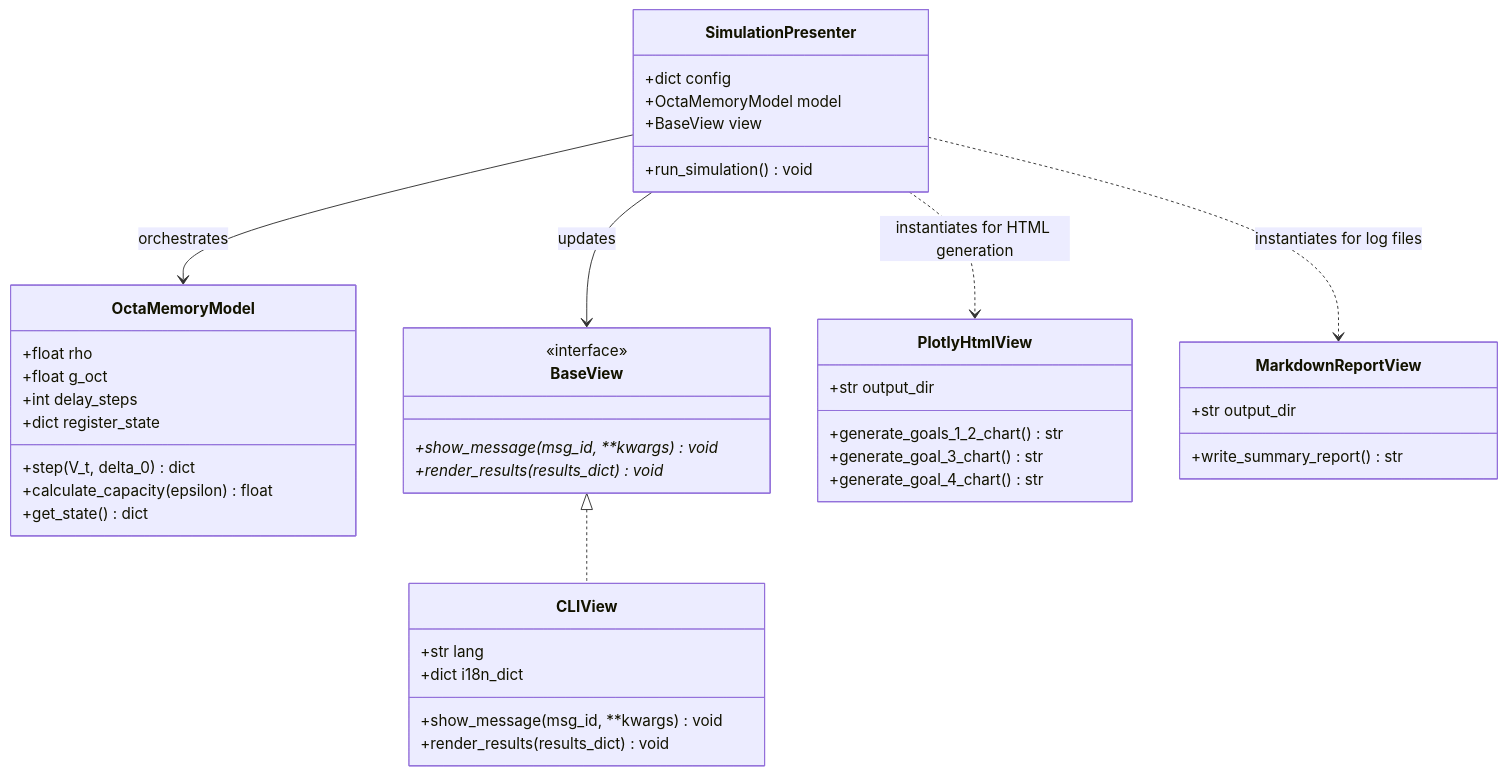
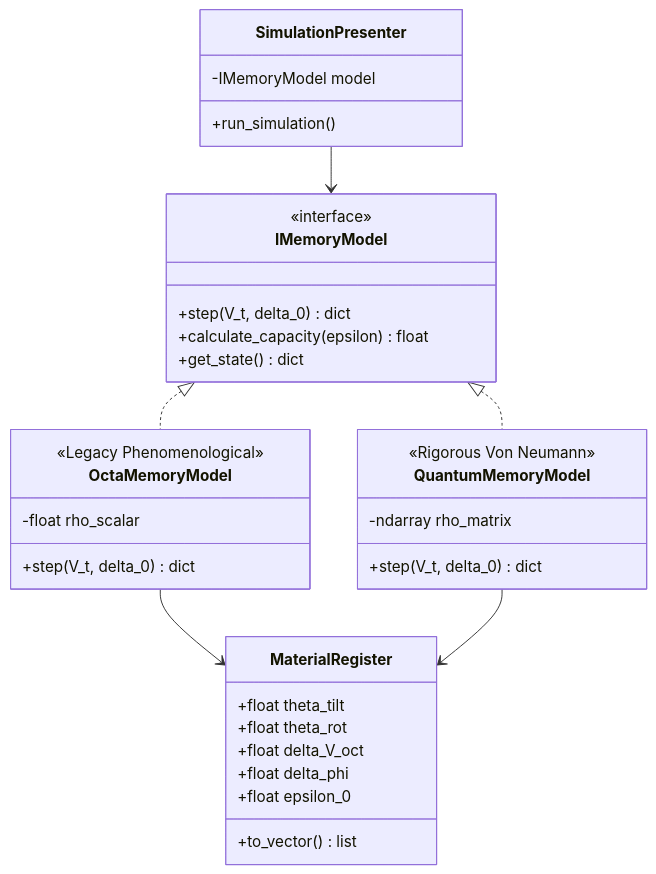
The first of 3 diagrams in docs/source/software.rst (QC-UPM/OgTRQC), drawn with Mermaid before and after one commit. The commit also changed other lines of this file and 4 other files, not shown here.

Commit message:
Phenomenological + quantum integrative approaches

```diff
--- a/docs/source/software.rst
+++ b/docs/source/software.rst
@@ -10,45 +10,36 @@
 .. mermaid::
 
    classDiagram
-      class OctaMemoryModel {
-          +float rho
-          +float g_oct
-          +int delay_steps
-          +dict register_state
+      class MaterialRegister {
+          +float theta_tilt
+          +float theta_rot
+          +float delta_V_oct
+          +float delta_phi
+          +float epsilon_0
+          +to_vector() list
+      }
+      class IMemoryModel {
+          <<interface>>
           +step(V_t, delta_0) dict
           +calculate_capacity(epsilon) float
           +get_state() dict
       }
-      class BaseView {
-          <<interface>>
-          +show_message(msg_id, **kwargs)* void
-          +render_results(results_dict)* void
+      class OctaMemoryModel {
+          <<Legacy Phenomenological>>
+          -float rho_scalar
+          +step(V_t, delta_0) dict
       }
-      class CLIView {
-          +str lang
-          +dict i18n_dict
-          +show_message(msg_id, **kwargs) void
-          +render_results(results_dict) void
+      class QuantumMemoryModel {
+          <<Rigorous Von Neumann>>
+          -ndarray rho_matrix
+          +step(V_t, delta_0) dict
       }
+      IMemoryModel <|.. OctaMemoryModel
+      IMemoryModel <|.. QuantumMemoryModel
+      OctaMemoryModel --> MaterialRegister
+      QuantumMemoryModel --> MaterialRegister
       class SimulationPresenter {
-          +dict config
-          +OctaMemoryModel model
-          +BaseView view
-          +run_simulation() void
+          -IMemoryModel model
+          +run_simulation()
       }
-      class PlotlyHtmlView {
-          +str output_dir
-          +generate_goals_1_2_chart() str
-          +generate_goal_3_chart() str
-          +generate_goal_4_chart() str
-      }
-      class MarkdownReportView {
-          +str output_dir
-          +write_summary_report() str
-      }
-
-      BaseView <|.. CLIView
-      SimulationPresenter --> OctaMemoryModel : orchestrates
-      SimulationPresenter --> BaseView : updates
-      SimulationPresenter ..> PlotlyHtmlView : instantiates for HTML generation
-      SimulationPresenter ..> MarkdownReportView : instantiates for log files
+      SimulationPresenter --> IMemoryModel
```
